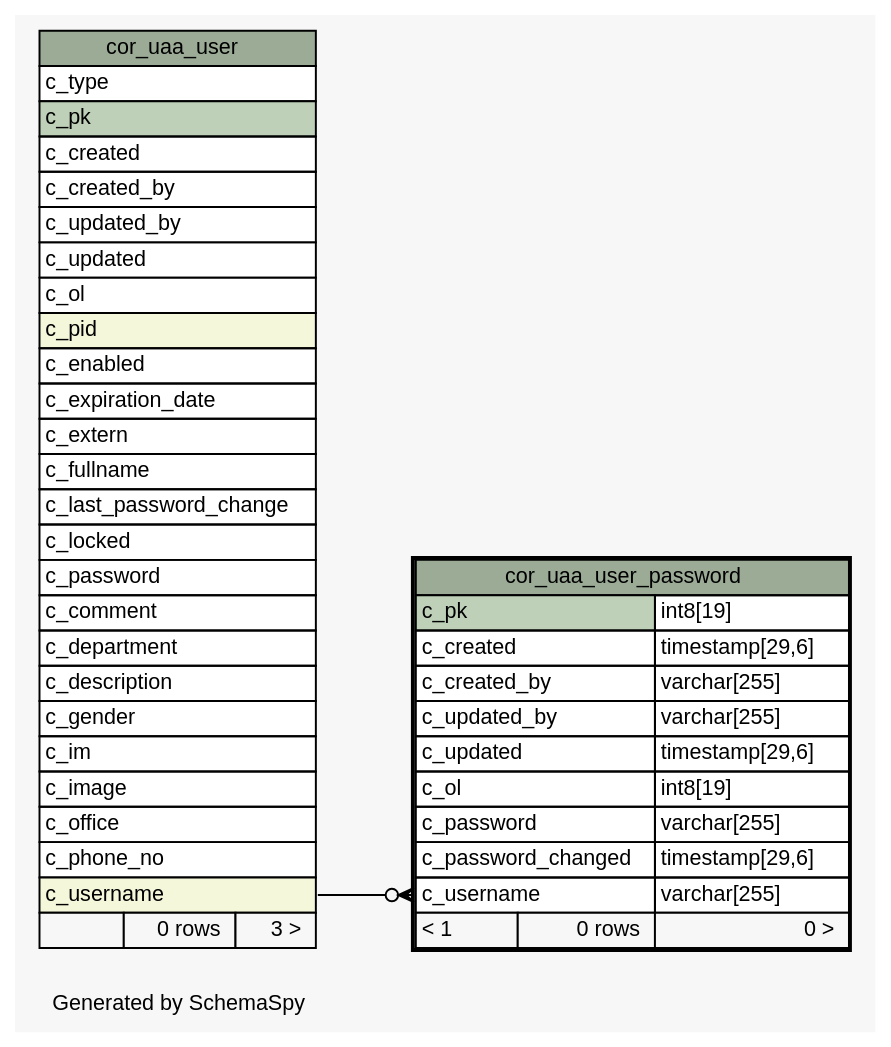
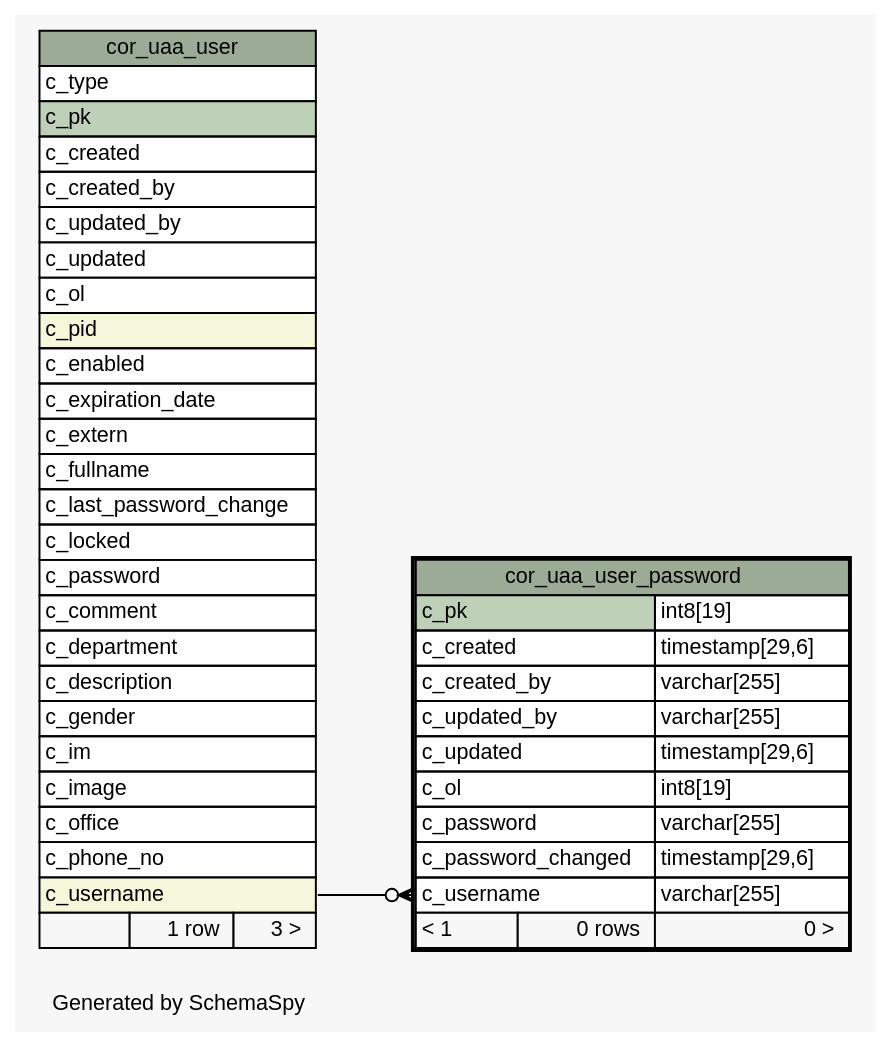
The diagram in 2.0.0-SNAPSHOT/schemaspy/diagrams/cor_uaa_user_password.1degree.dot (openwms/org.openwms.core.uaa), drawn with Graphviz before and after one commit. The commit also changed 309 other files, not shown here.

```diff
--- a/2.0.0-SNAPSHOT/schemaspy/diagrams/cor_uaa_user_password.1degree.dot
+++ b/2.0.0-SNAPSHOT/schemaspy/diagrams/cor_uaa_user_password.1degree.dot
@@ -1,74 +1,74 @@
 // dot 2.43.0 on Linux 5.15.0-1020-azure
 // SchemaSpy rev Unknown
 digraph "oneDegreeRelationshipsDiagram" {
   graph [
     rankdir="RL"
     bgcolor="#f7f7f7"
     label="\nGenerated by SchemaSpy"
     labeljust="l"
     nodesep="0.18"
     ranksep="0.46"
     fontname="Helvetica"
     fontsize="11"
   ];
   node [
     fontname="Helvetica"
     fontsize="11"
     shape="plaintext"
   ];
   edge [
     arrowsize="0.8"
   ];
   "cor_uaa_user_password":"c_username":w -> "cor_uaa_user":"c_username":e [arrowhead=none dir=back arrowtail=crowodot];
   "cor_uaa_user" [
     label=<
     <TABLE BORDER="0" CELLBORDER="1" CELLSPACING="0" BGCOLOR="#ffffff">
       <TR><TD COLSPAN="3" BGCOLOR="#9bab96" ALIGN="CENTER">cor_uaa_user</TD></TR>
       <TR><TD PORT="c_type" COLSPAN="3" ALIGN="LEFT">c_type</TD></TR>
       <TR><TD PORT="c_pk" COLSPAN="3" BGCOLOR="#bed1b8" ALIGN="LEFT">c_pk</TD></TR>
       <TR><TD PORT="c_created" COLSPAN="3" ALIGN="LEFT">c_created</TD></TR>
       <TR><TD PORT="c_created_by" COLSPAN="3" ALIGN="LEFT">c_created_by</TD></TR>
       <TR><TD PORT="c_updated_by" COLSPAN="3" ALIGN="LEFT">c_updated_by</TD></TR>
       <TR><TD PORT="c_updated" COLSPAN="3" ALIGN="LEFT">c_updated</TD></TR>
       <TR><TD PORT="c_ol" COLSPAN="3" ALIGN="LEFT">c_ol</TD></TR>
       <TR><TD PORT="c_pid" COLSPAN="3" BGCOLOR="#f4f7da" ALIGN="LEFT">c_pid</TD></TR>
       <TR><TD PORT="c_enabled" COLSPAN="3" ALIGN="LEFT">c_enabled</TD></TR>
       <TR><TD PORT="c_expiration_date" COLSPAN="3" ALIGN="LEFT">c_expiration_date</TD></TR>
       <TR><TD PORT="c_extern" COLSPAN="3" ALIGN="LEFT">c_extern</TD></TR>
       <TR><TD PORT="c_fullname" COLSPAN="3" ALIGN="LEFT">c_fullname</TD></TR>
       <TR><TD PORT="c_last_password_change" COLSPAN="3" ALIGN="LEFT">c_last_password_change</TD></TR>
       <TR><TD PORT="c_locked" COLSPAN="3" ALIGN="LEFT">c_locked</TD></TR>
       <TR><TD PORT="c_password" COLSPAN="3" ALIGN="LEFT">c_password</TD></TR>
       <TR><TD PORT="c_comment" COLSPAN="3" ALIGN="LEFT">c_comment</TD></TR>
       <TR><TD PORT="c_department" COLSPAN="3" ALIGN="LEFT">c_department</TD></TR>
       <TR><TD PORT="c_description" COLSPAN="3" ALIGN="LEFT">c_description</TD></TR>
       <TR><TD PORT="c_gender" COLSPAN="3" ALIGN="LEFT">c_gender</TD></TR>
       <TR><TD PORT="c_im" COLSPAN="3" ALIGN="LEFT">c_im</TD></TR>
       <TR><TD PORT="c_image" COLSPAN="3" ALIGN="LEFT">c_image</TD></TR>
       <TR><TD PORT="c_office" COLSPAN="3" ALIGN="LEFT">c_office</TD></TR>
       <TR><TD PORT="c_phone_no" COLSPAN="3" ALIGN="LEFT">c_phone_no</TD></TR>
       <TR><TD PORT="c_username" COLSPAN="3" BGCOLOR="#f4f7da" ALIGN="LEFT">c_username</TD></TR>
-      <TR><TD ALIGN="LEFT" BGCOLOR="#f7f7f7">  </TD><TD ALIGN="RIGHT" BGCOLOR="#f7f7f7">0 rows</TD><TD ALIGN="RIGHT" BGCOLOR="#f7f7f7">3 &gt;</TD></TR>
+      <TR><TD ALIGN="LEFT" BGCOLOR="#f7f7f7">  </TD><TD ALIGN="RIGHT" BGCOLOR="#f7f7f7">1 row</TD><TD ALIGN="RIGHT" BGCOLOR="#f7f7f7">3 &gt;</TD></TR>
     </TABLE>>
     URL="cor_uaa_user.html"
     tooltip="cor_uaa_user"
   ];
   "cor_uaa_user_password" [
     label=<
     <TABLE BORDER="2" CELLBORDER="1" CELLSPACING="0" BGCOLOR="#ffffff">
       <TR><TD COLSPAN="3" BGCOLOR="#9bab96" ALIGN="CENTER">cor_uaa_user_password</TD></TR>
       <TR><TD PORT="c_pk" COLSPAN="2" BGCOLOR="#bed1b8" ALIGN="LEFT">c_pk</TD><TD PORT="c_pk.type" ALIGN="LEFT">int8[19]</TD></TR>
       <TR><TD PORT="c_created" COLSPAN="2" ALIGN="LEFT">c_created</TD><TD PORT="c_created.type" ALIGN="LEFT">timestamp[29,6]</TD></TR>
       <TR><TD PORT="c_created_by" COLSPAN="2" ALIGN="LEFT">c_created_by</TD><TD PORT="c_created_by.type" ALIGN="LEFT">varchar[255]</TD></TR>
       <TR><TD PORT="c_updated_by" COLSPAN="2" ALIGN="LEFT">c_updated_by</TD><TD PORT="c_updated_by.type" ALIGN="LEFT">varchar[255]</TD></TR>
       <TR><TD PORT="c_updated" COLSPAN="2" ALIGN="LEFT">c_updated</TD><TD PORT="c_updated.type" ALIGN="LEFT">timestamp[29,6]</TD></TR>
       <TR><TD PORT="c_ol" COLSPAN="2" ALIGN="LEFT">c_ol</TD><TD PORT="c_ol.type" ALIGN="LEFT">int8[19]</TD></TR>
       <TR><TD PORT="c_password" COLSPAN="2" ALIGN="LEFT">c_password</TD><TD PORT="c_password.type" ALIGN="LEFT">varchar[255]</TD></TR>
       <TR><TD PORT="c_password_changed" COLSPAN="2" ALIGN="LEFT">c_password_changed</TD><TD PORT="c_password_changed.type" ALIGN="LEFT">timestamp[29,6]</TD></TR>
       <TR><TD PORT="c_username" COLSPAN="2" ALIGN="LEFT">c_username</TD><TD PORT="c_username.type" ALIGN="LEFT">varchar[255]</TD></TR>
       <TR><TD ALIGN="LEFT" BGCOLOR="#f7f7f7">&lt; 1</TD><TD ALIGN="RIGHT" BGCOLOR="#f7f7f7">0 rows</TD><TD ALIGN="RIGHT" BGCOLOR="#f7f7f7">0 &gt;</TD></TR>
     </TABLE>>
     URL="cor_uaa_user_password.html"
     tooltip="cor_uaa_user_password"
   ];
 }
```
